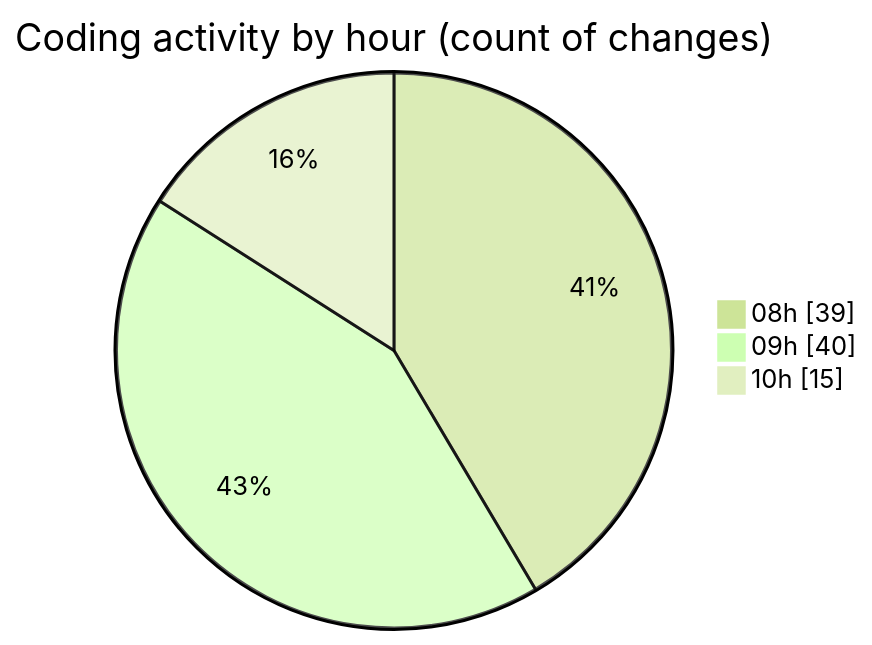
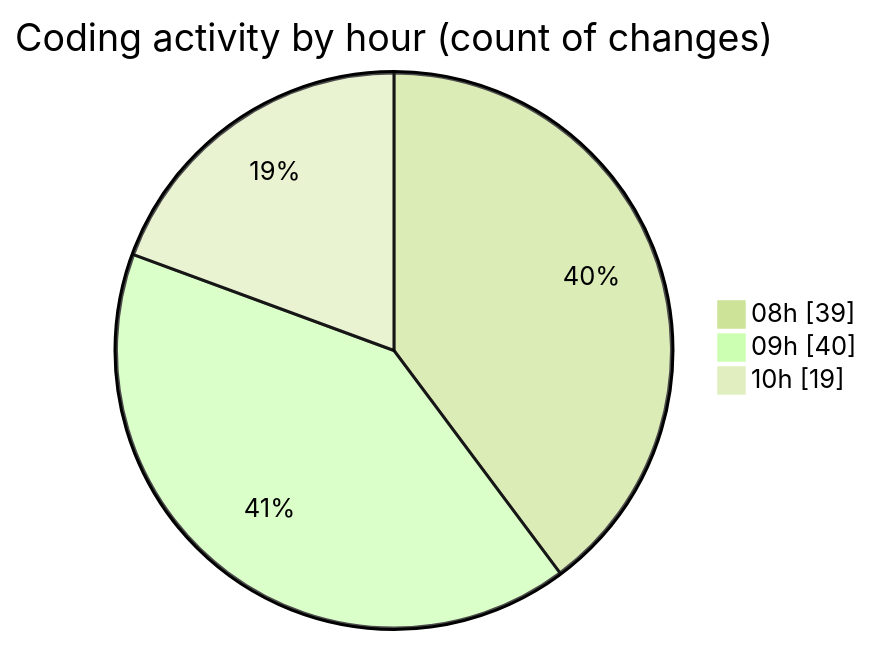
One commit to CELIANVF/code-tracking changed the second of 2 diagrams in 2025-05-16/ecodeli-1/README.md. Above: the diagram before and after it, drawn with Mermaid (forest theme). The commit also changed other lines of this file and 1 other file, not shown here.

````diff
--- a/2025-05-16/ecodeli-1/README.md
+++ b/2025-05-16/ecodeli-1/README.md
@@ -60,7 +61,7 @@
 ```mermaid
 pie showData
 title Coding activity by hour (count of changes)
 "08h" : 39
 "09h" : 40
-"10h" : 15
+"10h" : 19
 ```
````
